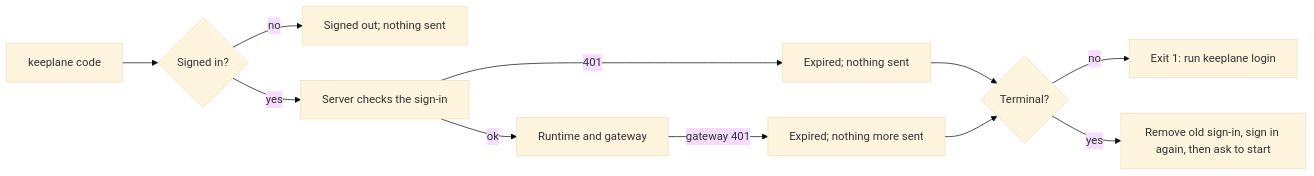
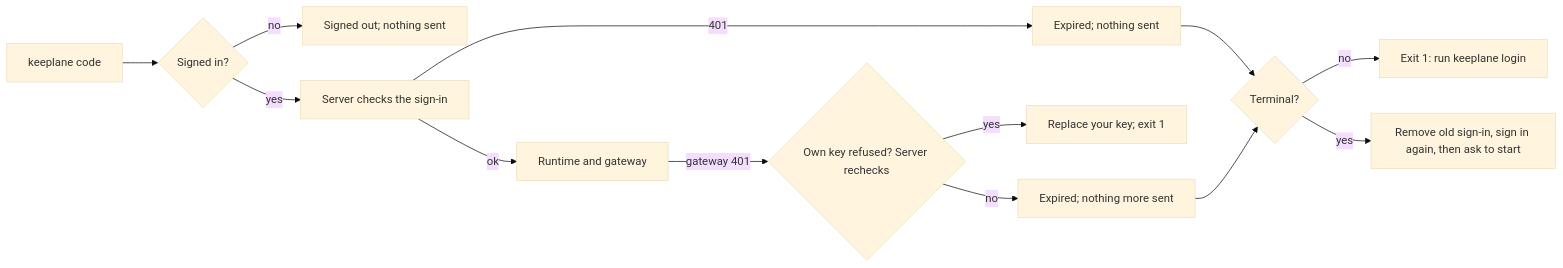
Before and after one commit to OsamaFelFel/keeplane: the first of 2 diagrams in docs/guide/cli-coding.md, drawn with Mermaid (base theme). The commit also changed other lines of this file and 11 other files, not shown here.

First line of the commit message:
feat(cli): recheck an own key when a task fails with 401 or 403

````diff
--- a/docs/guide/cli-coding.md
+++ b/docs/guide/cli-coding.md
@@ -234,13 +234,15 @@
 ```mermaid
 flowchart LR
   Code[keeplane code] --> Saved{Signed in?}
   Saved -->|no| Out[Signed out; nothing sent]
   Saved -->|yes| Server[Server checks the sign-in]
   Server -->|401| Expired[Expired; nothing sent]
   Server -->|ok| Runtime[Runtime and gateway]
-  Runtime -->|gateway 401| Expired2[Expired; nothing more sent]
+  Runtime -->|gateway 401| Recheck{Own key refused? Server rechecks}
+  Recheck -->|yes| Replace[Replace your key; exit 1]
+  Recheck -->|no| Expired2[Expired; nothing more sent]
   Expired --> Terminal{Terminal?}
   Expired2 --> Terminal
   Terminal -->|no| Exit[Exit 1: run keeplane login]
   Terminal -->|yes| Offer[Remove old sign-in, sign in again, then ask to start]
 ```
````
